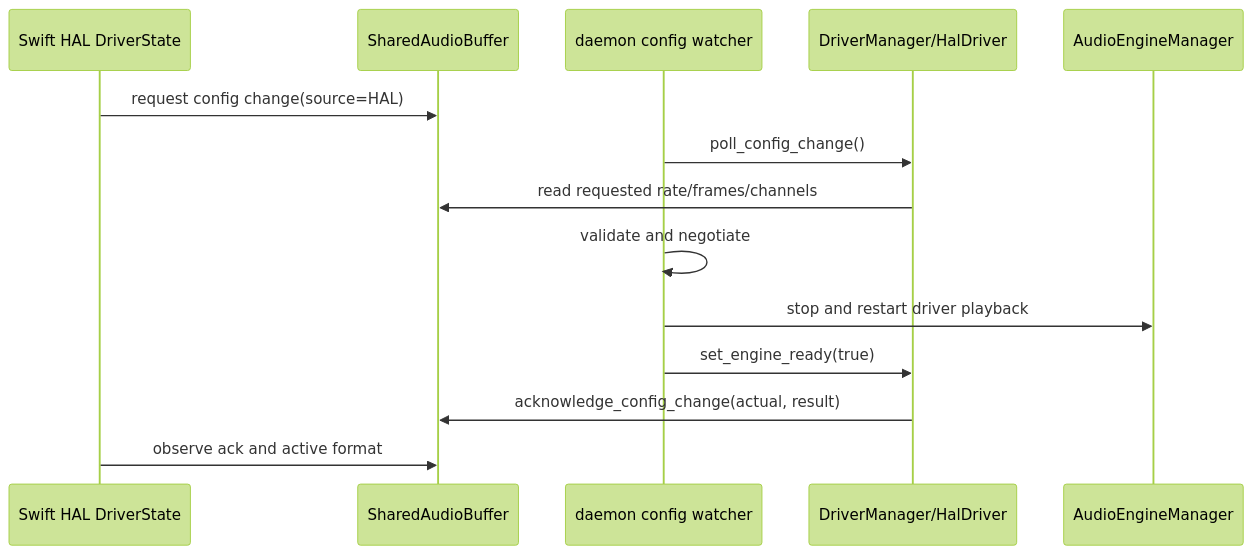
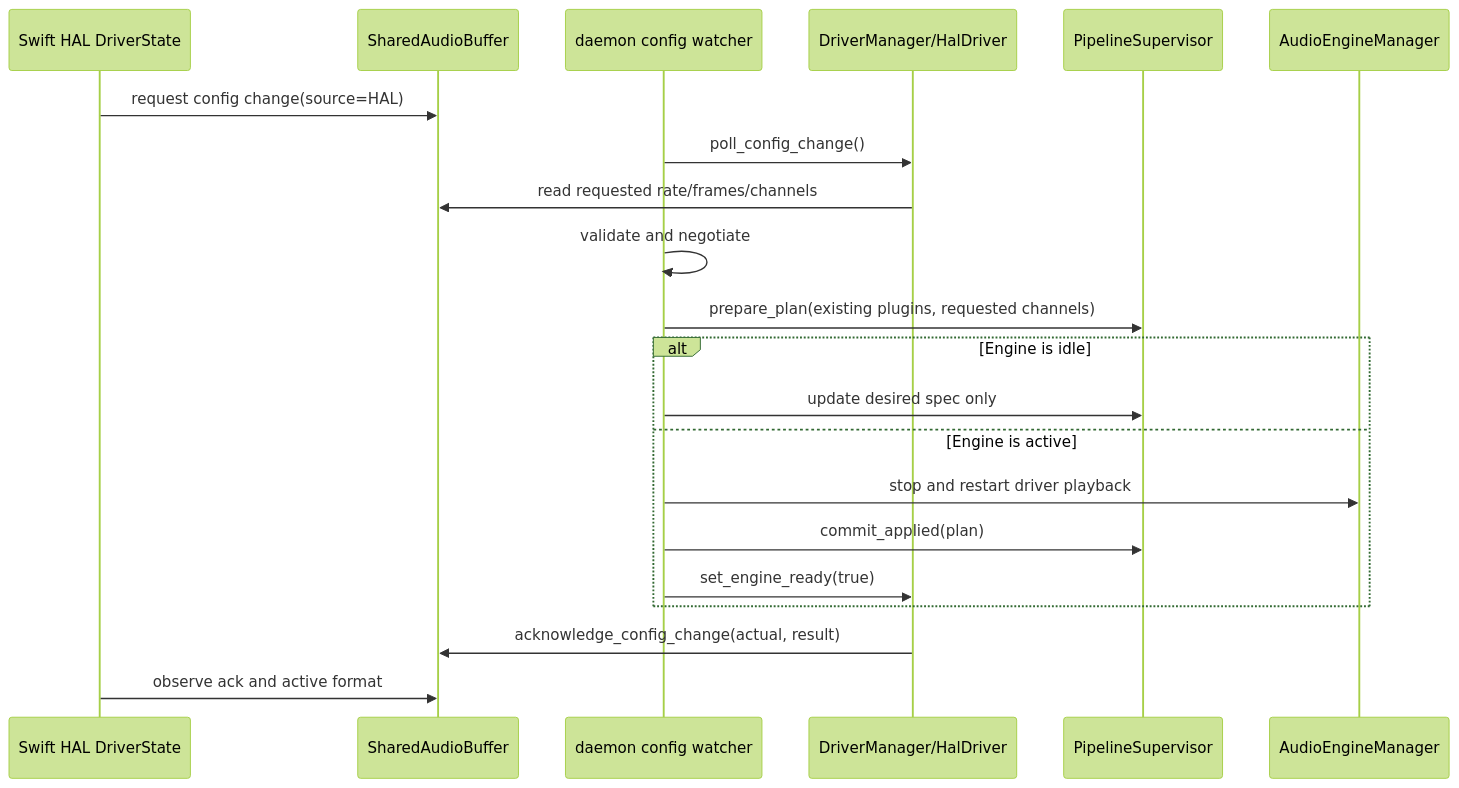
One commit to pierreaubert/sotf changed the ninth of 12 diagrams in crates/systemwide/ARCHITECTURE.md. Above: the diagram before and after it, drawn with Mermaid (forest theme). The commit also changed other lines of this file and 3 other files, not shown here.

````diff
--- a/crates/systemwide/ARCHITECTURE.md
+++ b/crates/systemwide/ARCHITECTURE.md
@@ -407,17 +447,24 @@
 ```mermaid
 sequenceDiagram
     participant HAL as Swift HAL DriverState
     participant Shm as SharedAudioBuffer
     participant Watcher as daemon config watcher
     participant Driver as DriverManager/HalDriver
+    participant Pipeline as PipelineSupervisor
     participant Engine as AudioEngineManager
 
     HAL->>Shm: request config change(source=HAL)
     Watcher->>Driver: poll_config_change()
     Driver->>Shm: read requested rate/frames/channels
     Watcher->>Watcher: validate and negotiate
-    Watcher->>Engine: stop and restart driver playback
-    Watcher->>Driver: set_engine_ready(true)
+    Watcher->>Pipeline: prepare_plan(existing plugins, requested channels)
+    alt Engine is idle
+        Watcher->>Pipeline: update desired spec only
+    else Engine is active
+        Watcher->>Engine: stop and restart driver playback
+        Watcher->>Pipeline: commit_applied(plan)
+        Watcher->>Driver: set_engine_ready(true)
+    end
     Driver->>Shm: acknowledge_config_change(actual, result)
     HAL->>Shm: observe ack and active format
 ```
````
